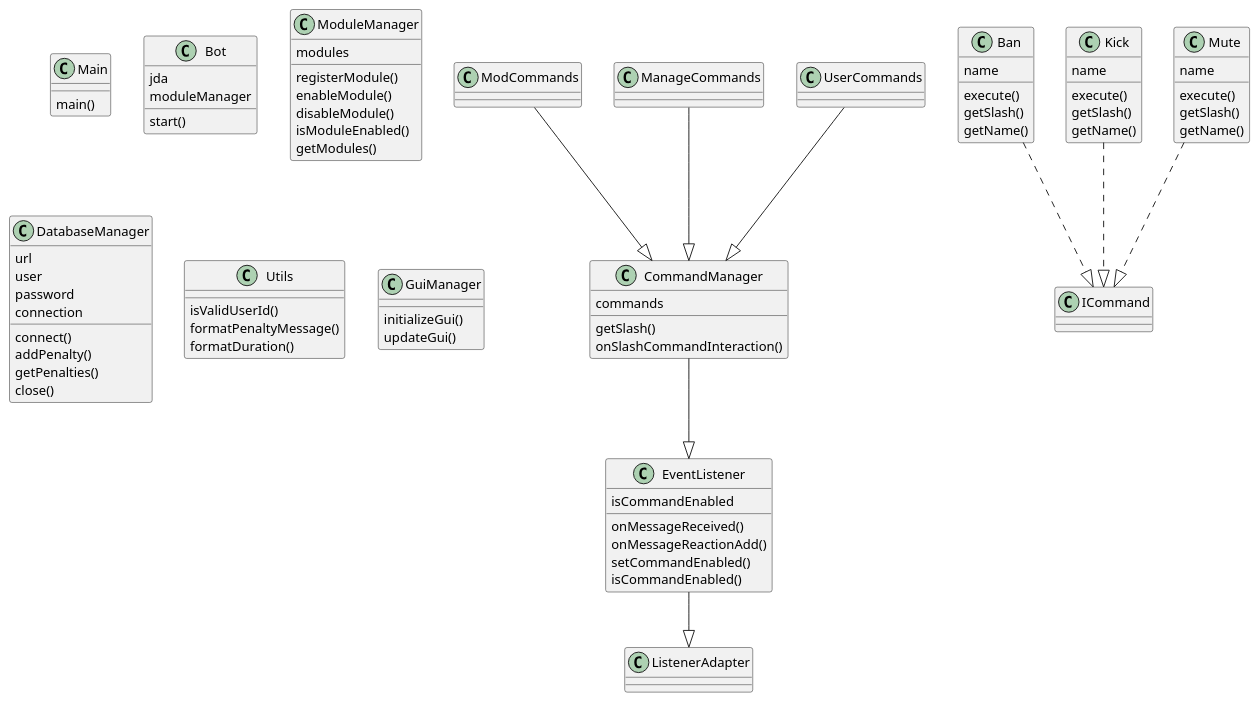
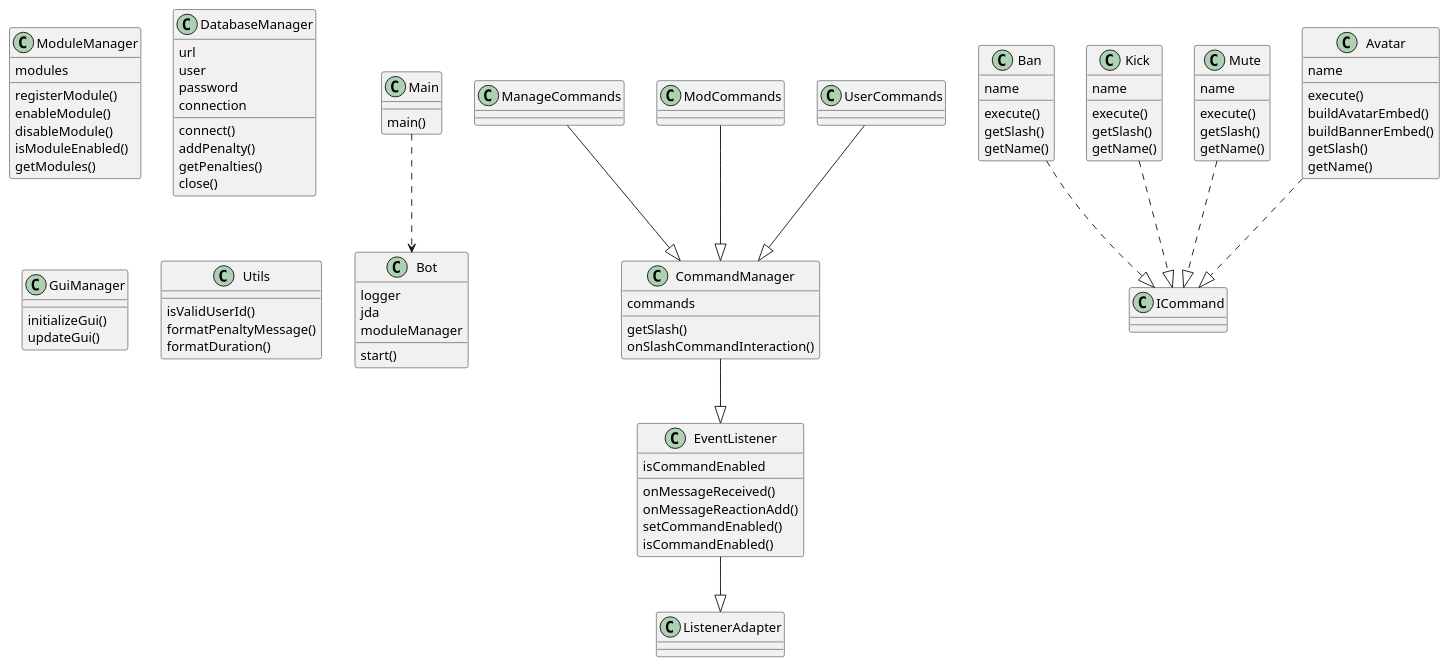
The diagram in uml_output/diagram.puml (PelayoPS/DiscordBot_app), drawn with PlantUML before and after one commit. The commit also changed 1 other file, not shown here.

Commit message:
set up logger(still not added to the structure)

```diff
--- a/uml_output/diagram.puml
+++ b/uml_output/diagram.puml
@@ -1,81 +1,92 @@
 @startuml diagrama
-class Main {
-  main()
-}
 class Bot {
+  logger
   jda
   moduleManager
   start()
 }
-class EventListener {
-  isCommandEnabled
-  onMessageReceived()
-  onMessageReactionAdd()
-  setCommandEnabled()
-  isCommandEnabled()
+class Main {
+  main()
 }
-EventListener --|> ListenerAdapter
+Main ..> Bot
 class ModuleManager {
   modules
   registerModule()
   enableModule()
   disableModule()
   isModuleEnabled()
   getModules()
 }
 class CommandManager {
   commands
   getSlash()
   onSlashCommandInteraction()
 }
 CommandManager --|> EventListener
+class ManageCommands {
+}
+ManageCommands --|> CommandManager
 class ModCommands {
 }
 ModCommands --|> CommandManager
-class ManageCommands {
-}
-ManageCommands --|> CommandManager
 class UserCommands {
 }
 UserCommands --|> CommandManager
 class Ban {
   name
   execute()
   getSlash()
   getName()
 }
 Ban ..|> ICommand
 class Kick {
   name
   execute()
   getSlash()
   getName()
 }
 Kick ..|> ICommand
 class Mute {
   name
   execute()
   getSlash()
   getName()
 }
 Mute ..|> ICommand
+class Avatar {
+  name
+  execute()
+  buildAvatarEmbed()
+  buildBannerEmbed()
+  getSlash()
+  getName()
+}
+Avatar ..|> ICommand
 class DatabaseManager {
   url
   user
   password
   connection
   connect()
   addPenalty()
   getPenalties()
   close()
 }
+class EventListener {
+  isCommandEnabled
+  onMessageReceived()
+  onMessageReactionAdd()
+  setCommandEnabled()
+  isCommandEnabled()
+}
+EventListener --|> ListenerAdapter
+class GuiManager {
+  initializeGui()
+  updateGui()
+}
 class Utils {
   isValidUserId()
   formatPenaltyMessage()
   formatDuration()
 }
-class GuiManager {
-  initializeGui()
-  updateGui()
-}
 @enduml
```
